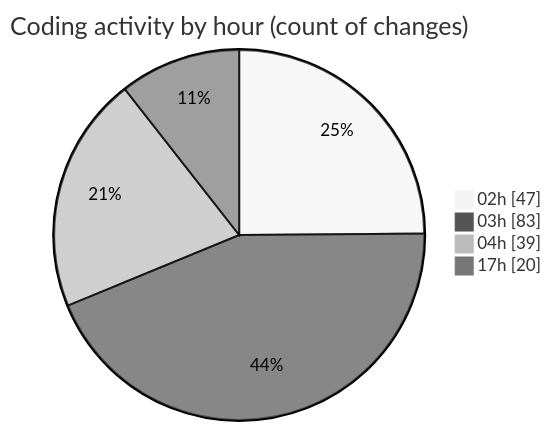
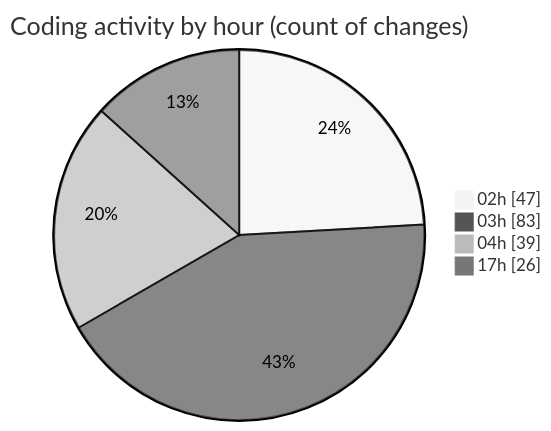
The second of 2 diagrams in 2025-01-02/3drust/README.md (ernivani/code-tracking), drawn with Mermaid (neutral theme) before and after one commit. The commit also changed other lines of this file and 2 other files, not shown here.

````diff
--- a/2025-01-02/3drust/README.md
+++ b/2025-01-02/3drust/README.md
@@ -42,8 +42,8 @@
 ```mermaid
 pie showData
 title Coding activity by hour (count of changes)
 "02h" : 47
 "03h" : 83
 "04h" : 39
-"17h" : 20
+"17h" : 26
 ```
````
